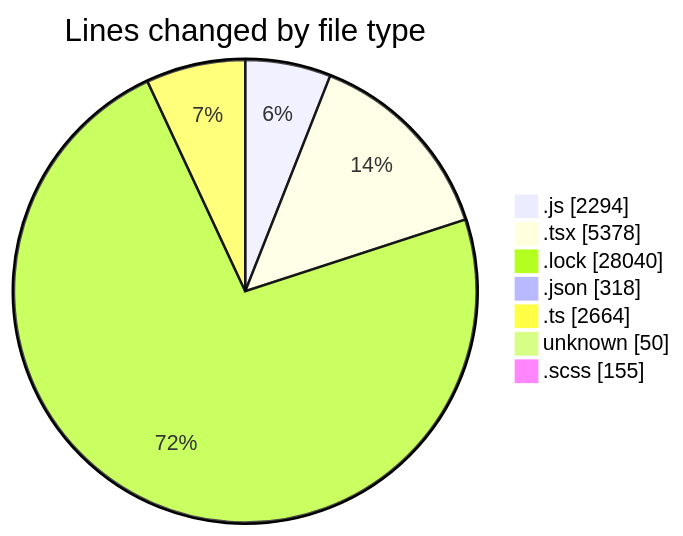
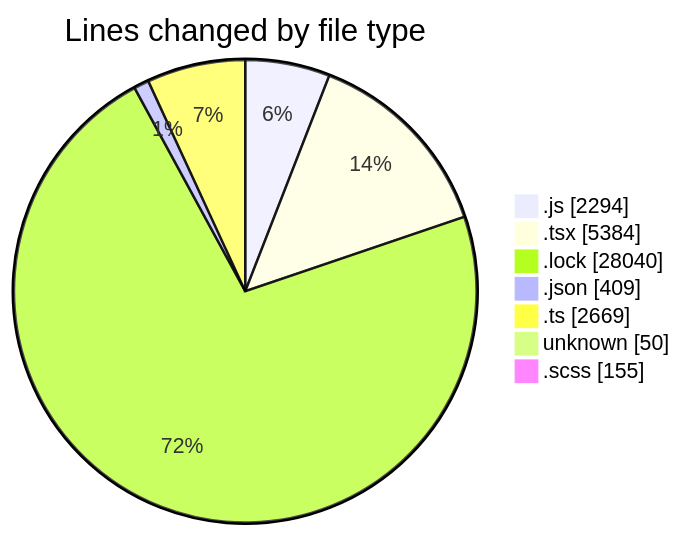
Before and after one commit to momahboobian/code-tracking: the first of 2 diagrams in 2026-06-16/cda/README.md, drawn with Mermaid. The commit also changed other lines of this file and 1 other file, not shown here.

````diff
--- a/2026-06-16/cda/README.md
+++ b/2026-06-16/cda/README.md
@@ -70,11 +72,11 @@
 ```mermaid
 pie showData
 title Lines changed by file type
 ".js" : 2294
-".tsx" : 5378
+".tsx" : 5384
 ".lock" : 28040
-".json" : 318
-".ts" : 2664
+".json" : 409
+".ts" : 2669
 "unknown" : 50
 ".scss" : 155
 ```
````
